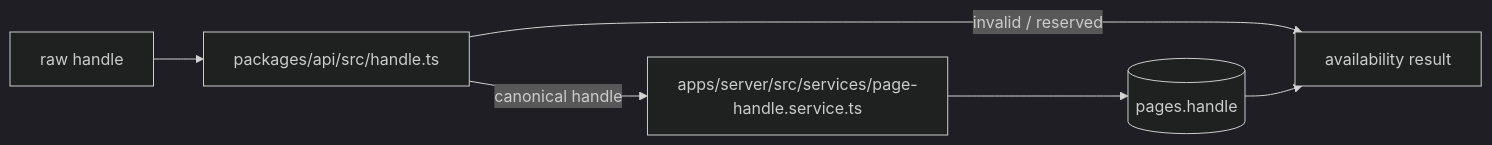
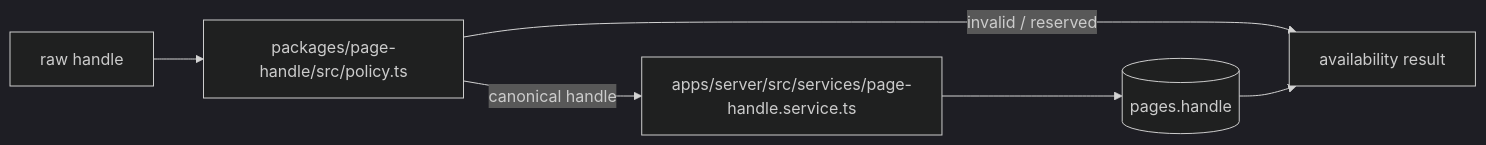
One commit to room-777/link-in-bio changed the diagram in docs/plans/2026-09-17-2213-feat-handle-policy-migration-plan.md. Above: the diagram before and after it, drawn with Mermaid (dark theme). The commit also changed other lines of this file and 8 other files, not shown here.

First line of the commit message:
feat(handle): add shared handle policy and availability check

````diff
--- a/docs/plans/2026-09-17-2213-feat-handle-policy-migration-plan.md
+++ b/docs/plans/2026-09-17-2213-feat-handle-policy-migration-plan.md
@@ -78,8 +78,8 @@
 ```mermaid
 flowchart LR
-  Raw[raw handle] --> Policy[packages/api/src/handle.ts]
+  Raw[raw handle] --> Policy[packages/page-handle/src/policy.ts]
   Policy -->|invalid / reserved| Result[availability result]
   Policy -->|canonical handle| Service[apps/server/src/services/page-handle.service.ts]
   Service --> DB[(pages.handle)]
   DB --> Result
 ```
````
